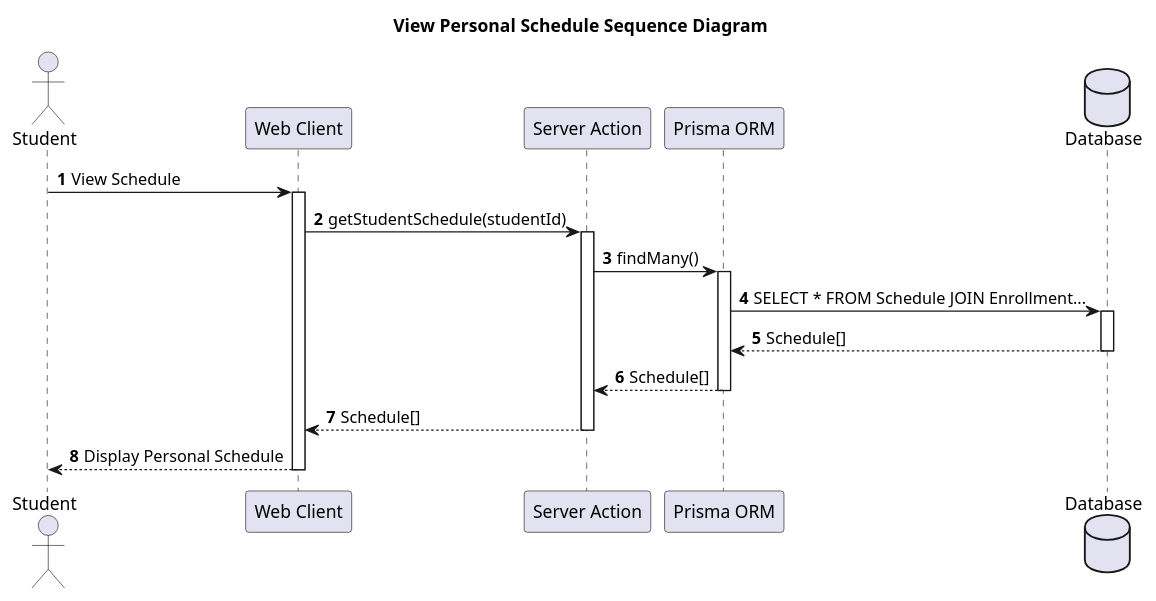
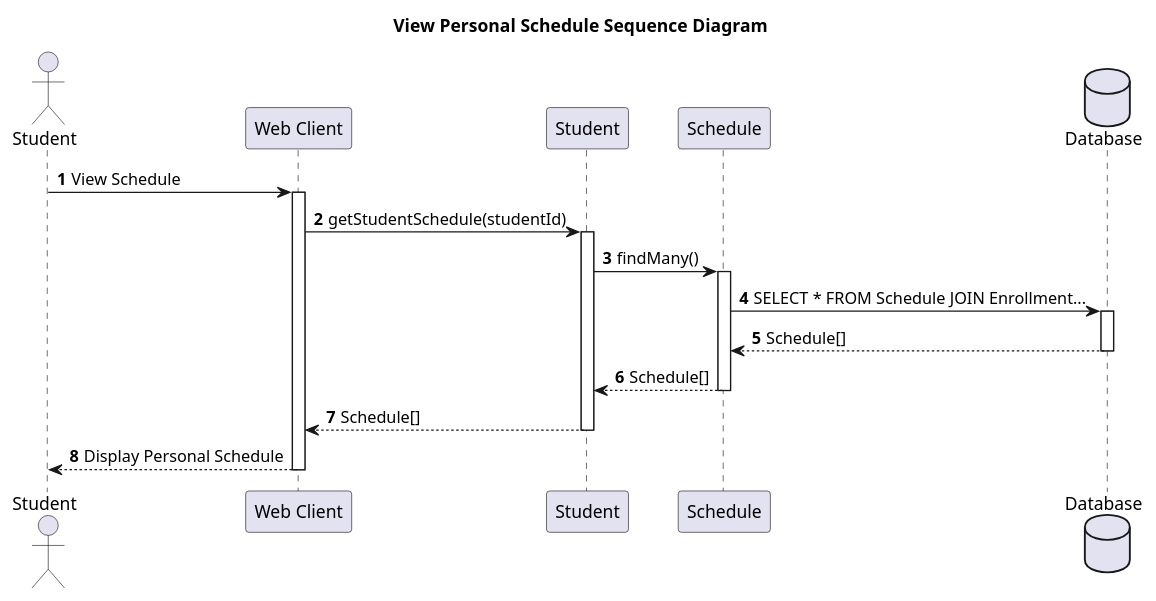
Before and after one commit to rafifgpt21-ai/jalms: the diagram in design-summary/sequence-diagram/sequence-diagram-student-view-schedule.puml, drawn with PlantUML. The commit also changed 36 other files, not shown here.

```diff
--- a/design-summary/sequence-diagram/sequence-diagram-student-view-schedule.puml
+++ b/design-summary/sequence-diagram/sequence-diagram-student-view-schedule.puml
@@ -1,28 +1,28 @@
 @startuml
 title View Personal Schedule Sequence Diagram
 autonumber
 
 actor "Student" as Student
-participant "Web Client" as UI
-participant "Server Action" as Action
-participant "Prisma ORM" as Prisma
-database "Database" as DB
+participant "Web Client" as Client
+participant "Student" as StudentClass
+participant "Schedule" as Schedule
+database "Database" as Database
 
-Student -> UI: View Schedule
-activate UI
-UI -> Action: getStudentSchedule(studentId)
-activate Action
-Action -> Prisma: findMany()
-activate Prisma
-Prisma -> DB: SELECT * FROM Schedule JOIN Enrollment...
-activate DB
-DB --> Prisma: Schedule[]
-deactivate DB
-Prisma --> Action: Schedule[]
-deactivate Prisma
-Action --> UI: Schedule[]
-deactivate Action
-UI --> Student: Display Personal Schedule
-deactivate UI
+Student -> Client: View Schedule
+activate Client
+Client -> StudentClass: getStudentSchedule(studentId)
+activate StudentClass
+StudentClass -> Schedule: findMany()
+activate Schedule
+Schedule -> Database: SELECT * FROM Schedule JOIN Enrollment...
+activate Database
+Database --> Schedule: Schedule[]
+deactivate Database
+Schedule --> StudentClass: Schedule[]
+deactivate Schedule
+StudentClass --> Client: Schedule[]
+deactivate StudentClass
+Client --> Student: Display Personal Schedule
+deactivate Client
 
 @enduml
```
